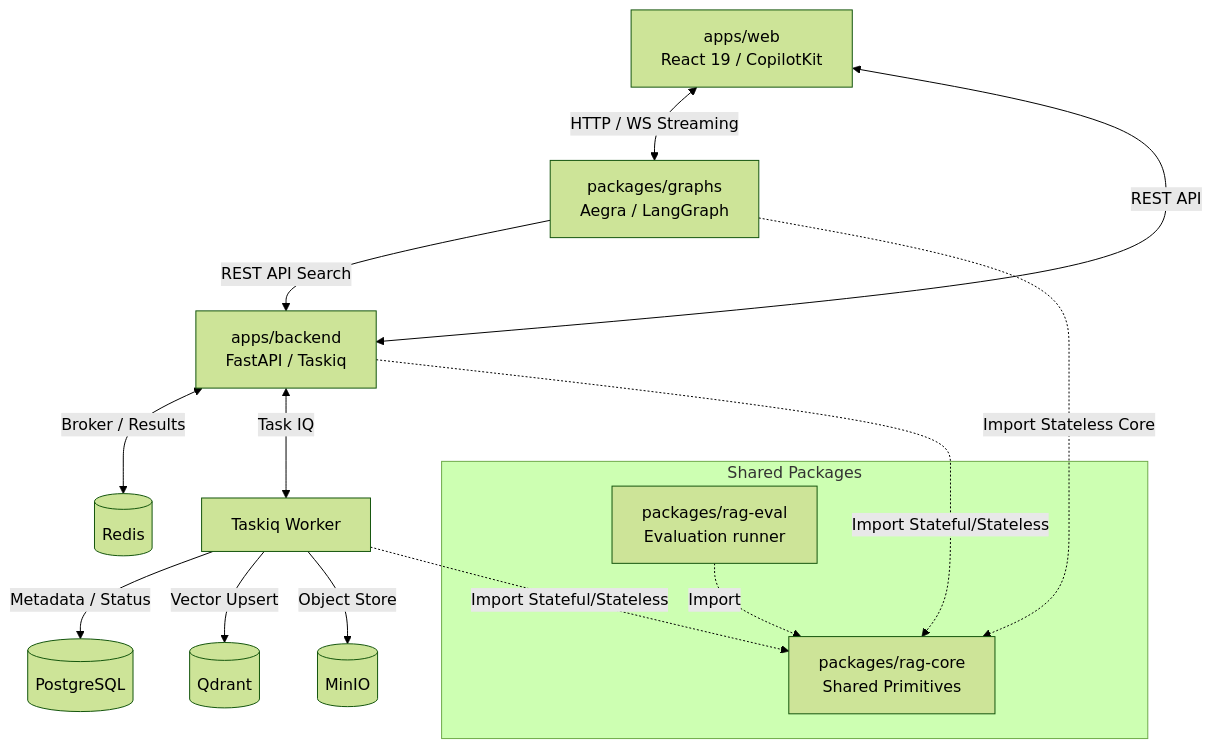
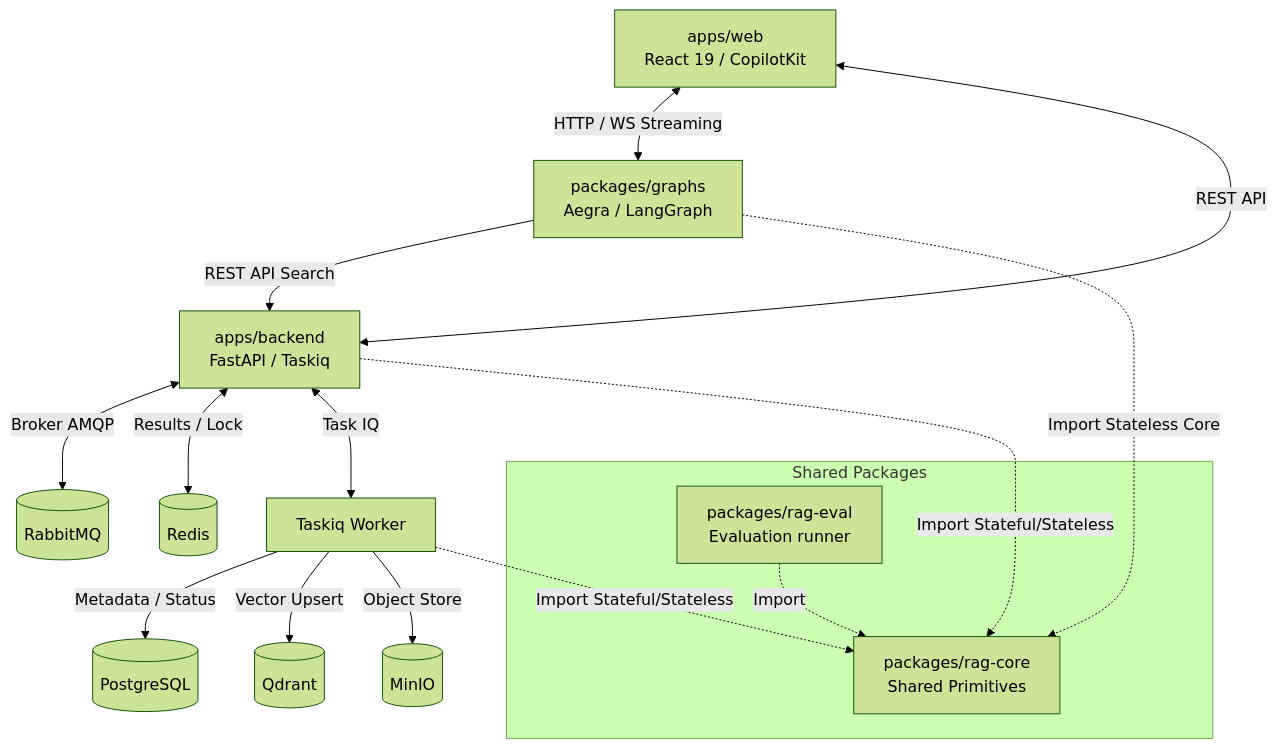
The diagram in docs/architecture/README.md (mjkimR/rag-proving-ground), drawn with Mermaid (forest theme) before and after one commit. The commit also changed 128 other files, not shown here.

````diff
--- a/docs/architecture/README.md
+++ b/docs/architecture/README.md
@@ -11,21 +11,22 @@
 ```mermaid
 graph TD
     Web[apps/web<br>React 19 / CopilotKit] <-->|HTTP / WS Streaming| Aegra[packages/graphs<br>Aegra / LangGraph]
     Web <-->|REST API| Backend[apps/backend<br>FastAPI / Taskiq]
     Aegra -->|REST API Search| Backend
-    Backend <-->|Broker / Results| Redis[(Redis)]
+    Backend <-->|Broker AMQP| RabbitMQ[(RabbitMQ)]
+    Backend <-->|Results / Lock| Redis[(Redis)]
     Backend <-->|Task IQ| Worker[Taskiq Worker]
     Worker -->|Metadata / Status| Postgres[(PostgreSQL)]
     Worker -->|Vector Upsert| Qdrant[(Qdrant)]
     Worker -->|Object Store| MinIO[(MinIO)]
     
     subgraph Shared Packages
         Core[packages/rag-core<br>Shared Primitives]
         Eval[packages/rag-eval<br>Evaluation runner]
     end
     
     Aegra -.->|Import Stateless Core| Core
     Backend -.->|Import Stateful/Stateless| Core
     Worker -.->|Import Stateful/Stateless| Core
     Eval -.->|Import| Core
 ```
````
